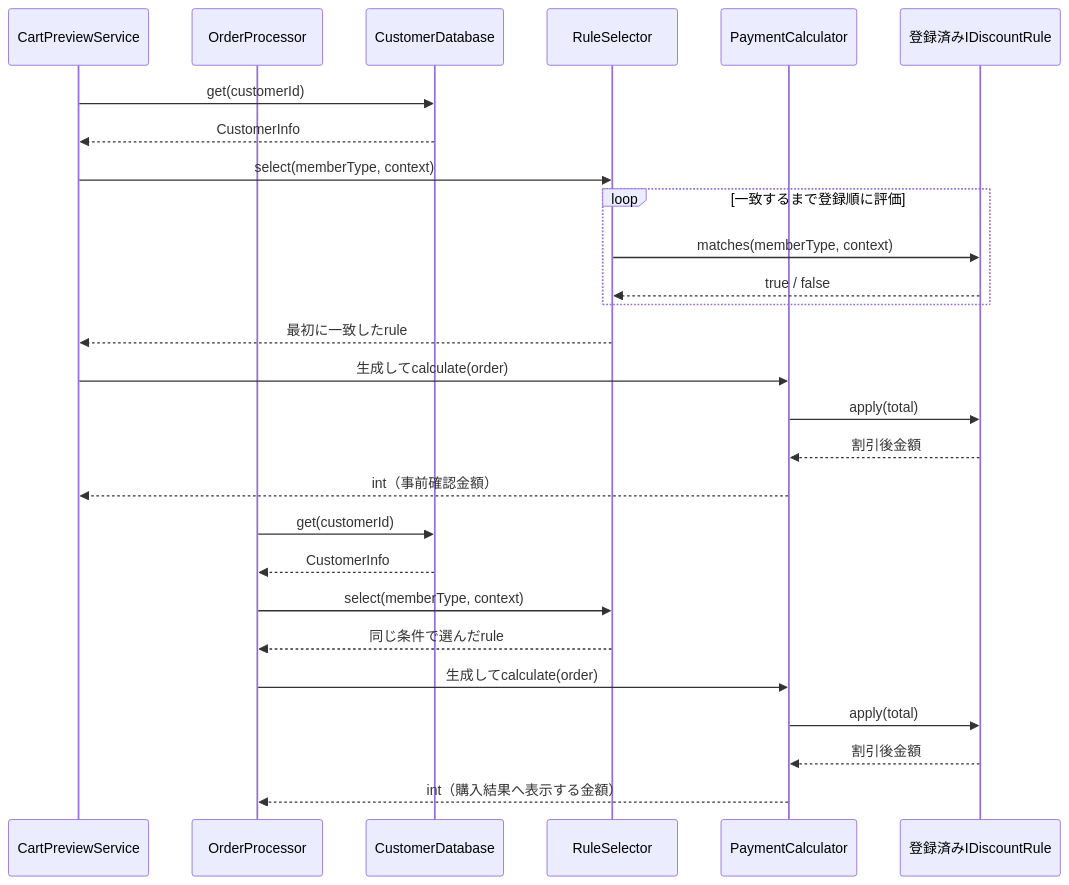
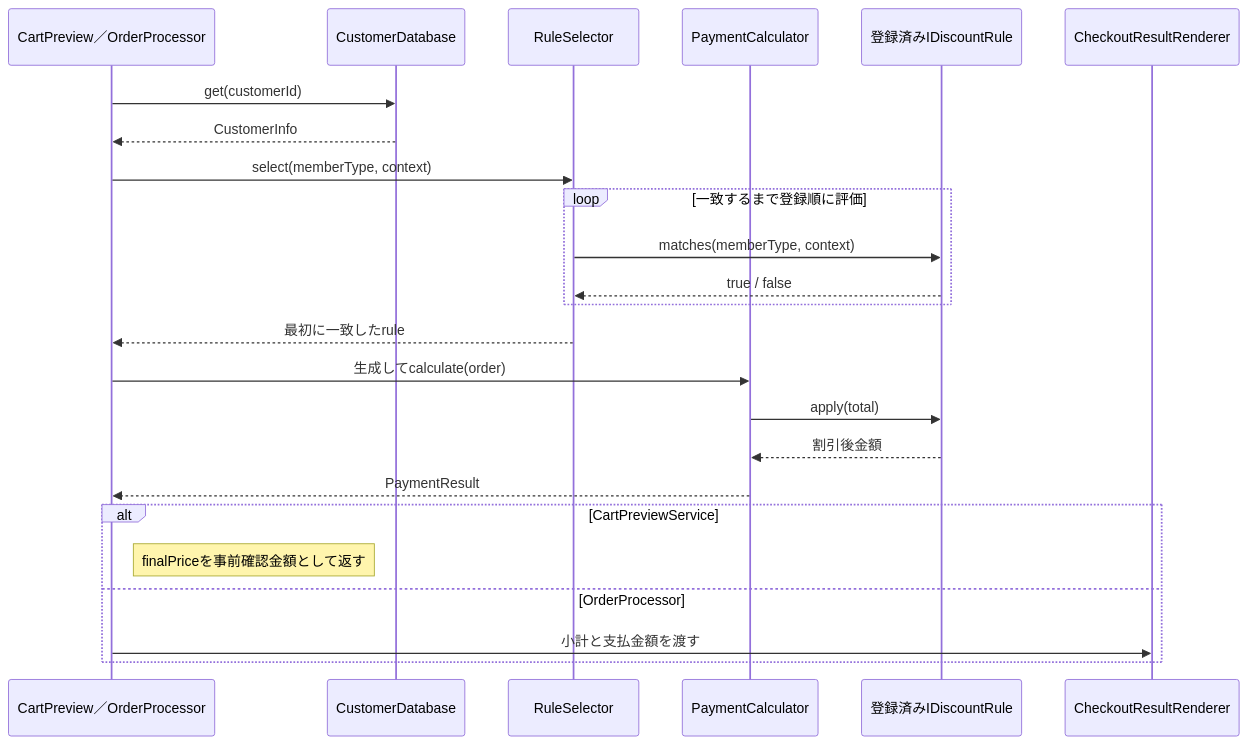
One commit to kumachan1101-pixel/DesignPattern changed diagram 15 of 17 in kindle/design-patterns/books/volume01-core-patterns/output/03-chapter01.md. Above: the diagram before and after it, drawn with Mermaid. The commit also changed other lines of this file and 31 other files, not shown here.

````diff
--- a/kindle/design-patterns/books/volume01-core-patterns/output/03-chapter01.md
+++ b/kindle/design-patterns/books/volume01-core-patterns/output/03-chapter01.md
@@ -1913,31 +1924,27 @@
 ```mermaid
 sequenceDiagram
-    participant V as CartPreviewService
-    participant O as OrderProcessor
+    participant U as CartPreview／OrderProcessor
     participant DB as CustomerDatabase
     participant S as RuleSelector
     participant P as PaymentCalculator
     participant I as 登録済みIDiscountRule
+    participant R as CheckoutResultRenderer
 
-    V->>DB: get(customerId)
-    DB-->>V: CustomerInfo
-    V->>S: select(memberType, context)
+    U->>DB: get(customerId)
+    DB-->>U: CustomerInfo
+    U->>S: select(memberType, context)
     loop 一致するまで登録順に評価
         S->>I: matches(memberType, context)
         I-->>S: true / false
     end
-    S-->>V: 最初に一致したrule
-    V->>P: 生成してcalculate(order)
+    S-->>U: 最初に一致したrule
+    U->>P: 生成してcalculate(order)
     P->>I: apply(total)
     I-->>P: 割引後金額
-    P-->>V: int（事前確認金額）
-
-    O->>DB: get(customerId)
-    DB-->>O: CustomerInfo
-    O->>S: select(memberType, context)
-    S-->>O: 同じ条件で選んだrule
-    O->>P: 生成してcalculate(order)
-    P->>I: apply(total)
-    I-->>P: 割引後金額
-    P-->>O: int（購入結果へ表示する金額）
+    P-->>U: PaymentResult
+    alt CartPreviewService
+        Note right of U: finalPriceを事前確認金額として返す
+    else OrderProcessor
+        U->>R: 小計と支払金額を渡す
+    end
 ```
````
